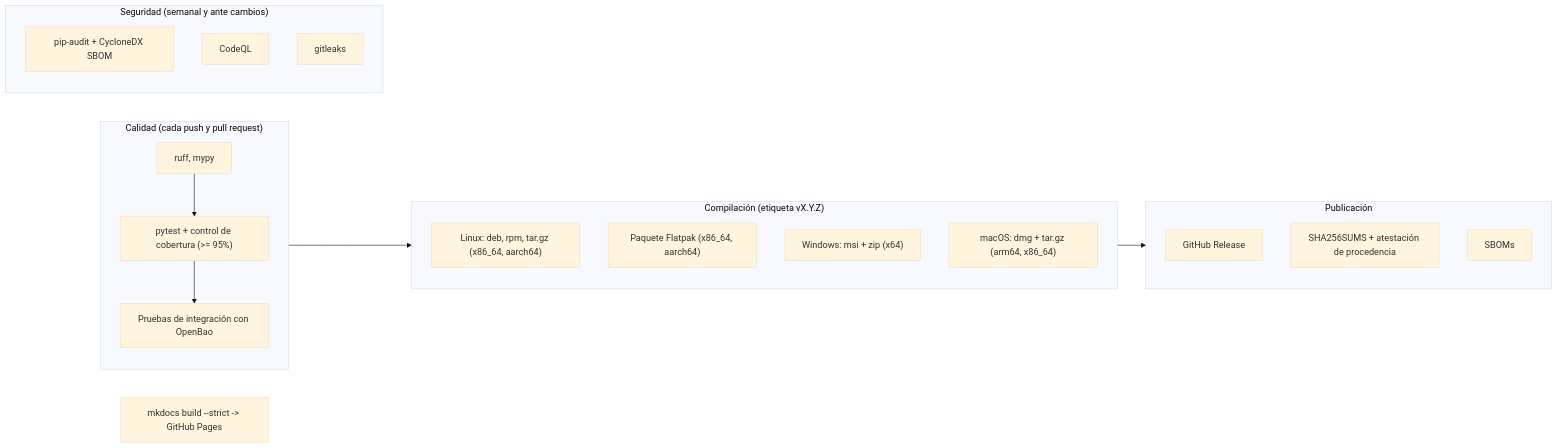
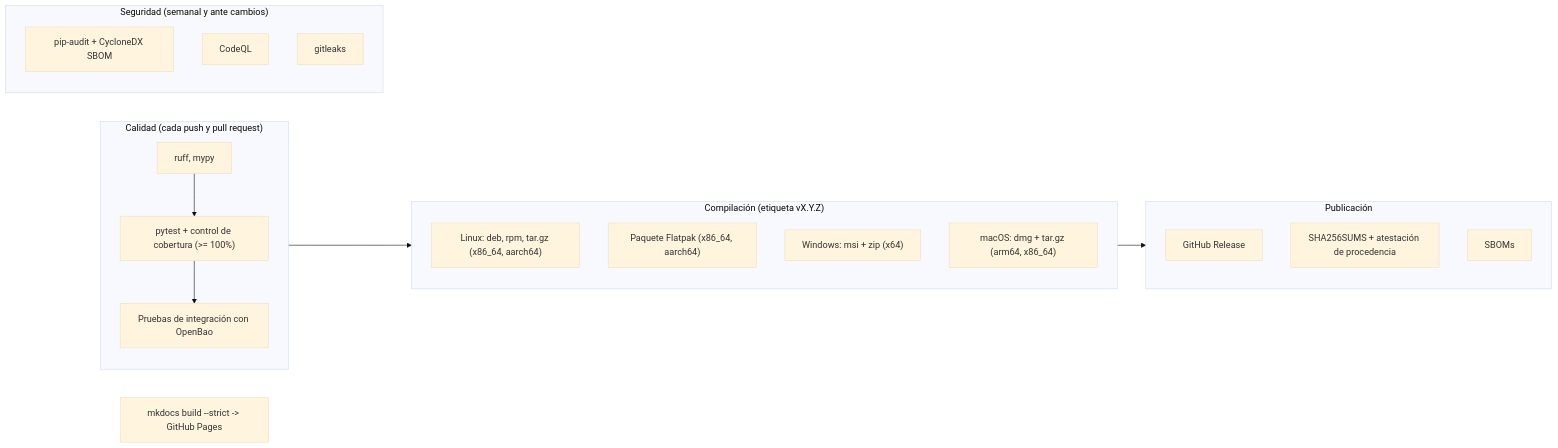
One commit to sincorchetes/gossip changed the diagram in docs/cicd.es.md. Above: the diagram before and after it, drawn with Mermaid (base theme). The commit also changed 26 other files, not shown here.

````diff
--- a/docs/cicd.es.md
+++ b/docs/cicd.es.md
@@ -9,30 +9,30 @@
 ```mermaid
 flowchart LR
     subgraph Quality ["Calidad (cada push y pull request)"]
-        Q1["ruff, mypy"] --> Q2["pytest + control de cobertura (>= 95%)"]
+        Q1["ruff, mypy"] --> Q2["pytest + control de cobertura (>= 100%)"]
         Q2 --> Q3["Pruebas de integración con OpenBao"]
     end
 
     subgraph Security ["Seguridad (semanal y ante cambios)"]
         S1["pip-audit + CycloneDX SBOM"]
         S2["CodeQL"]
         S3["gitleaks"]
     end
 
     subgraph Build ["Compilación (etiqueta vX.Y.Z)"]
         B1["Linux: deb, rpm, tar.gz (x86_64, aarch64)"]
         B2["Paquete Flatpak (x86_64, aarch64)"]
         B3["Windows: msi + zip (x64)"]
         B4["macOS: dmg + tar.gz (arm64, x86_64)"]
     end
 
     subgraph Publish ["Publicación"]
         P1["GitHub Release"]
         P2["SHA256SUMS + atestación de procedencia"]
         P3["SBOMs"]
     end
 
     Quality --> Build
     Build --> Publish
     Docs["mkdocs build --strict -> GitHub Pages"]
 ```
````
